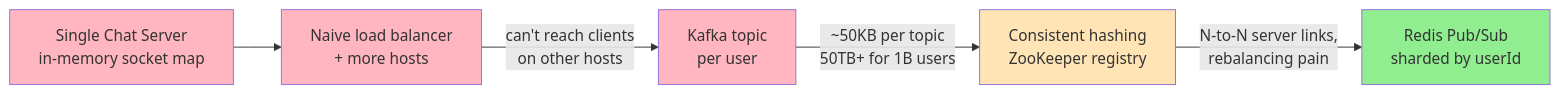
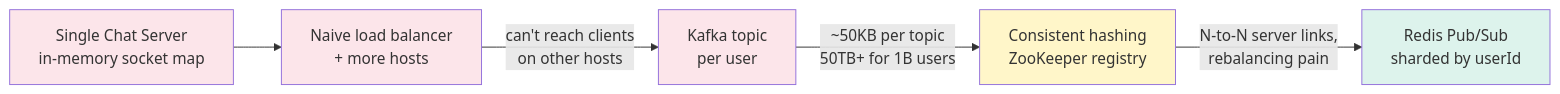
The first of 3 diagrams in LLD/SystemDesign/ProblemBreakdowns/Whatsapp.md (cartmancodes/InterviewVault), drawn with Mermaid before and after one commit. The commit also changed 679 other files, not shown here.

Commit message:
Unify content diagrams and add accessible visual walkthroughs

````diff
--- a/LLD/SystemDesign/ProblemBreakdowns/Whatsapp.md
+++ b/LLD/SystemDesign/ProblemBreakdowns/Whatsapp.md
@@ -377,13 +377,13 @@
 ```mermaid
 graph LR
     S["Single Chat Server<br/>in-memory socket map"] --> LB["Naive load balancer<br/>+ more hosts"]
     LB -->|"can't reach clients<br/>on other hosts"| K["Kafka topic<br/>per user"]
     K -->|"~50KB per topic<br/>50TB+ for 1B users"| CH["Consistent hashing<br/>ZooKeeper registry"]
     CH -->|"N-to-N server links,<br/>rebalancing pain"| PS["Redis Pub/Sub<br/>sharded by userId"]
 
-    style S fill:#FFB6C1
-    style LB fill:#FFB6C1
-    style K fill:#FFB6C1
-    style CH fill:#FFE4B5
-    style PS fill:#90EE90
+    style S fill:#FCE5EA
+    style LB fill:#FCE5EA
+    style K fill:#FCE5EA
+    style CH fill:#FFF6C9
+    style PS fill:#DDF3EC
 ```
````
